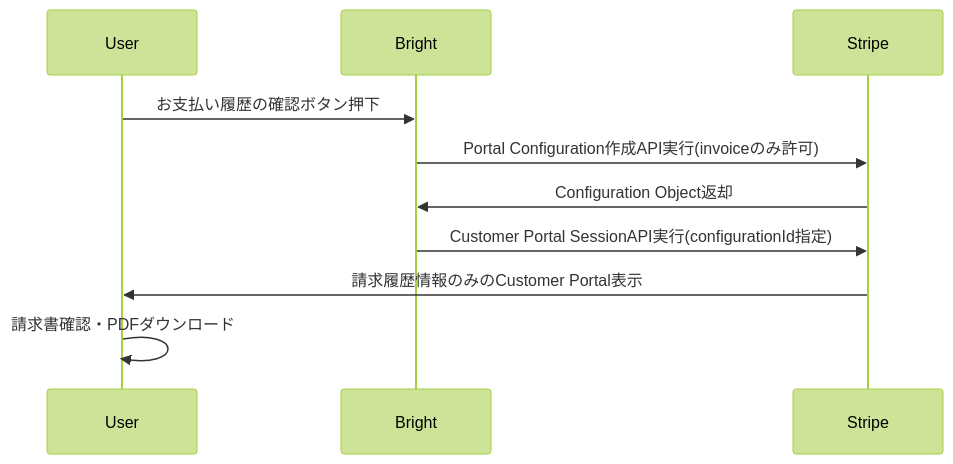
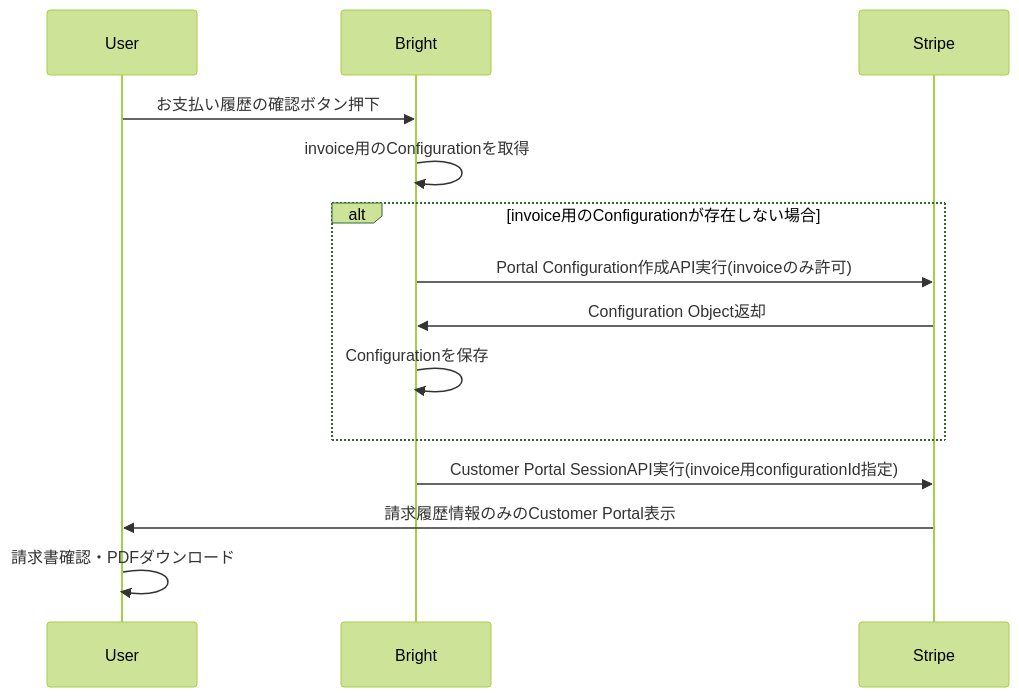
Before and after one commit to bright-org/bright: the ninth of 10 diagrams in docs/logics/subscription.md, drawn with Mermaid (forest theme). The commit also changed other lines of this file, not shown here.

Commit message:
決済関連の設計ドキュメント作成 - stripe_customer_portal_configurationsテーブルの作成及び各種シーケンスやテーブルの修正

````diff
--- a/docs/logics/subscription.md
+++ b/docs/logics/subscription.md
@@ -151,13 +229,17 @@
 ```mermaid
 sequenceDiagram
     participant User
     participant Bright
     participant Stripe
 
     User ->> Bright: お支払い履歴の確認ボタン押下
-    Bright ->> Stripe: Portal Configuration作成API実行(invoiceのみ許可)
-    Stripe ->> Bright: Configuration Object返却
-    Bright ->> Stripe: Customer Portal SessionAPI実行(configurationId指定)
+    Bright ->> Bright: invoice用のConfigurationを取得
+    alt invoice用のConfigurationが存在しない場合
+        Bright ->> Stripe: Portal Configuration作成API実行(invoiceのみ許可)
+        Stripe ->> Bright: Configuration Object返却
+        Bright ->> Bright: Configurationを保存
+    end
+    Bright ->> Stripe: Customer Portal SessionAPI実行(invoice用configurationId指定)
     Stripe ->> User: 請求履歴情報のみのCustomer Portal表示
     User ->> User: 請求書確認・PDFダウンロード
 ```
````
